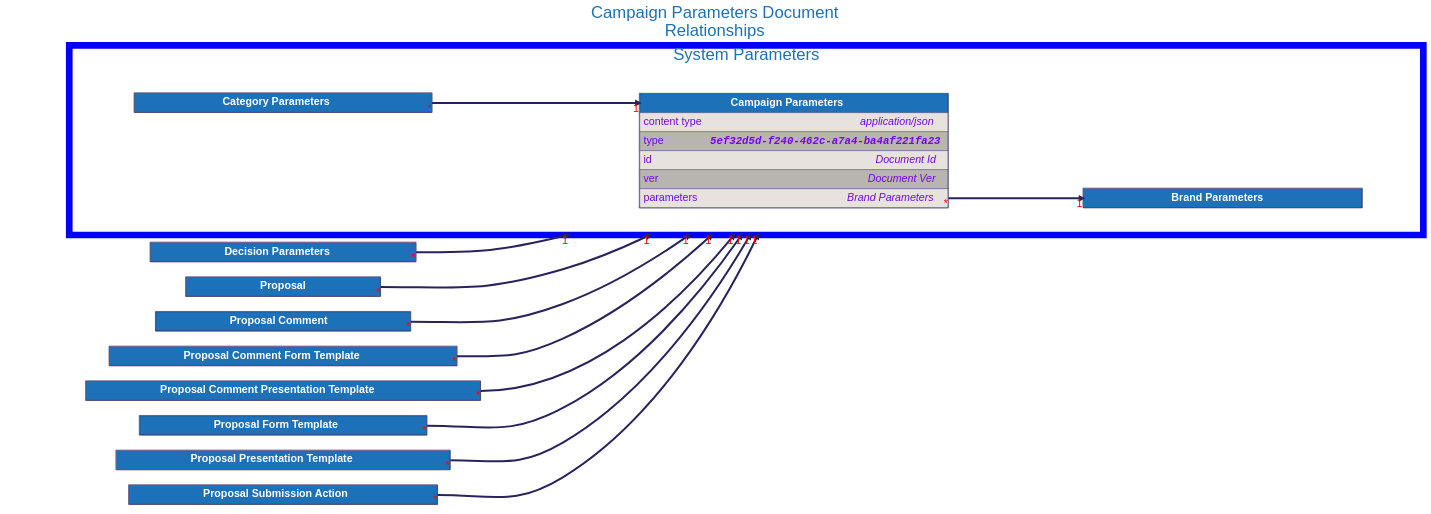
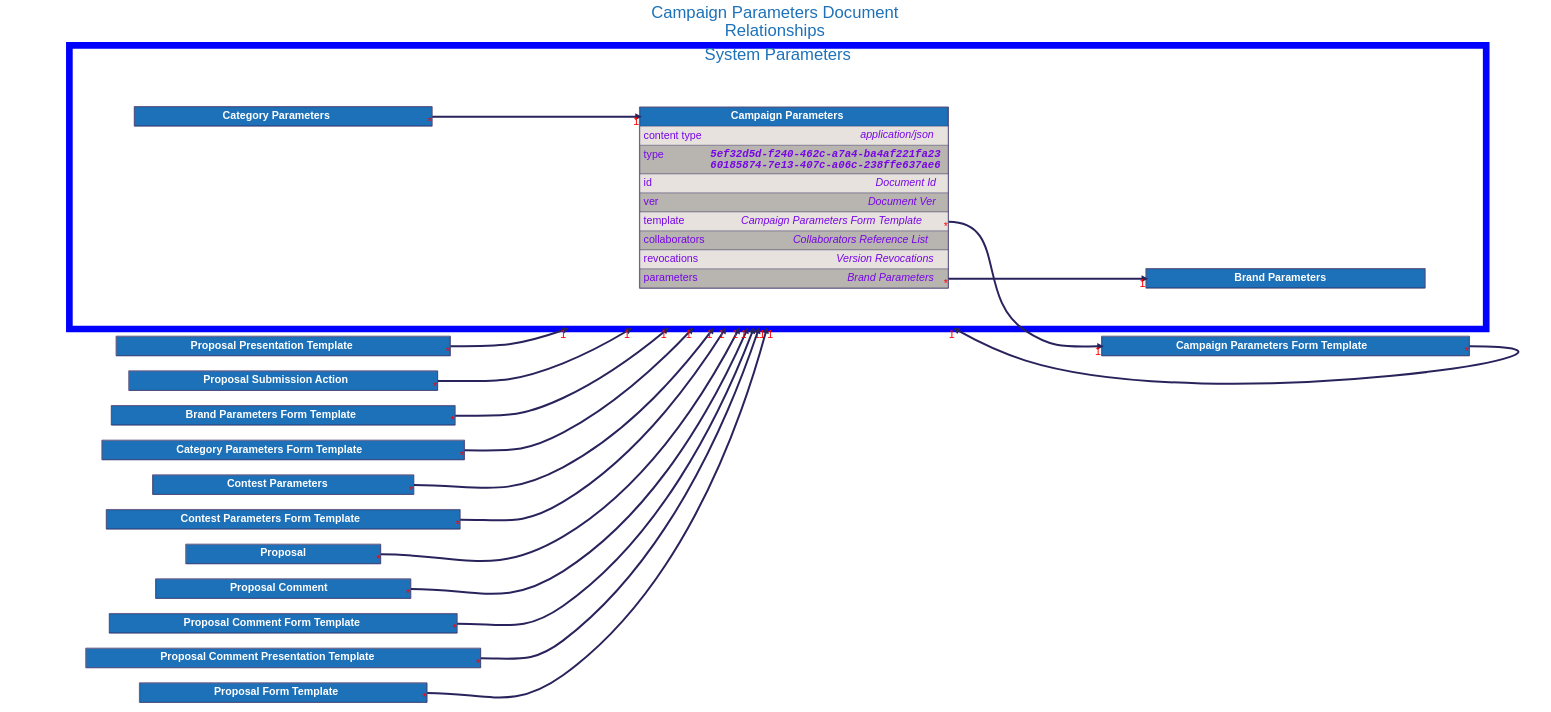
One commit to input-output-hk/catalyst-libs changed the diagram in docs/src/architecture/08_concepts/signed_doc/diagrams/campaign_parameters.dot. Above: the diagram before and after it, drawn with Graphviz. The commit also changed 45 other files, not shown here.

```diff
--- a/docs/src/architecture/08_concepts/signed_doc/diagrams/campaign_parameters.dot
+++ b/docs/src/architecture/08_concepts/signed_doc/diagrams/campaign_parameters.dot
@@ -13,114 +13,73 @@
 
 
 
-    subgraph cluster_system_parameters {
-        label = "System Parameters";
-        color=blue
-        penwidth=20
-
-        "Brand Parameters" [
-            id="Brand Parameters";
-            label=<
-                <TABLE BORDER="2" COLOR="#29235c" CELLBORDER="1" CELLSPACING="0" CELLPADDING="10">
-                <TR>
-                    <TD PORT="title" BGCOLOR="#1d71b8" HREF="../brand_parameters/">
-                        <FONT COLOR="#ffffff"><B> Brand Parameters </B></FONT>
-                    </TD>
-                </TR>
-
-                </TABLE>
-            >
-        ];
-
-
-        "Campaign Parameters" [
-            id="Campaign Parameters";
-            label=<
-                <TABLE BORDER="2" COLOR="#29235c" CELLBORDER="1" CELLSPACING="0" CELLPADDING="10">
-                <TR>
-                    <TD PORT="title" BGCOLOR="#1d71b8" HREF="../campaign_parameters/">
-                        <FONT COLOR="#ffffff"><B> Campaign Parameters </B></FONT>
-                    </TD>
-                </TR>
-                <TR>
-                    <TD ALIGN="LEFT" PORT="content type" BGCOLOR="#e7e2dd">
-                        <TABLE CELLPADDING="0" CELLSPACING="0" BORDER="0">
-                            <TR>
-                                <TD ALIGN="LEFT" VALIGN="TOP" WIDTH="200"><FONT COLOR="#7706E5">content type</FONT></TD>
-                                <TD ALIGN="RIGHT"><FONT COLOR="#7706E5"><I>application/json</I></FONT></TD>
-                            </TR>
-                        </TABLE>
-                    </TD>
-                </TR>
-                <TR>
-                    <TD ALIGN="LEFT" PORT="type" BGCOLOR="#b8b5b0">
-                        <TABLE CELLPADDING="0" CELLSPACING="0" BORDER="0">
-                            <TR>
-                                <TD ALIGN="LEFT" VALIGN="TOP" WIDTH="200"><FONT COLOR="#7706E5">type</FONT></TD>
-                                <TD ALIGN="RIGHT"><FONT FACE="Courier" COLOR="#7706E5"><B><I>5ef32d5d-f240-462c-a7a4-ba4af221fa23</I></B></FONT></TD>
-                            </TR>
-                        </TABLE>
-                    </TD>
-                </TR>
-                <TR>
-                    <TD ALIGN="LEFT" PORT="id" BGCOLOR="#e7e2dd">
-                        <TABLE CELLPADDING="0" CELLSPACING="0" BORDER="0">
-                            <TR>
-                                <TD ALIGN="LEFT" VALIGN="TOP" WIDTH="200"><FONT COLOR="#7706E5">id</FONT></TD>
-                                <TD ALIGN="RIGHT"><FONT COLOR="#7706E5"><I>Document Id</I></FONT></TD>
-                            </TR>
-                        </TABLE>
-                    </TD>
-                </TR>
-                <TR>
-                    <TD ALIGN="LEFT" PORT="ver" BGCOLOR="#b8b5b0">
-                        <TABLE CELLPADDING="0" CELLSPACING="0" BORDER="0">
-                            <TR>
-                                <TD ALIGN="LEFT" VALIGN="TOP" WIDTH="200"><FONT COLOR="#7706E5">ver</FONT></TD>
-                                <TD ALIGN="RIGHT"><FONT COLOR="#7706E5"><I>Document Ver</I></FONT></TD>
-                            </TR>
-                        </TABLE>
-                    </TD>
-                </TR>
-                <TR>
-                    <TD ALIGN="LEFT" PORT="parameters" BGCOLOR="#e7e2dd">
-                        <TABLE CELLPADDING="0" CELLSPACING="0" BORDER="0">
-                            <TR>
-                                <TD ALIGN="LEFT" VALIGN="TOP" WIDTH="200"><FONT COLOR="#7706E5">parameters</FONT></TD>
-                                <TD ALIGN="RIGHT"><FONT COLOR="#7706E5"><I>Brand Parameters</I></FONT></TD>
-                            </TR>
-                        </TABLE>
-                    </TD>
-                </TR>
-
-                </TABLE>
-            >
-        ];
-
-
-        "Category Parameters" [
-            id="Category Parameters";
-            label=<
-                <TABLE BORDER="2" COLOR="#29235c" CELLBORDER="1" CELLSPACING="0" CELLPADDING="10">
-                <TR>
-                    <TD PORT="title" BGCOLOR="#1d71b8" HREF="../category_parameters/">
-                        <FONT COLOR="#ffffff"><B> Category Parameters </B></FONT>
-                    </TD>
-                </TR>
-
-                </TABLE>
-            >
-        ];
-
-    }
-
-    "Decision Parameters" [
-        id="Decision Parameters";
+    "Campaign Parameters Form Template" [
+        id="Campaign Parameters Form Template";
         label=<
             <TABLE BORDER="2" COLOR="#29235c" CELLBORDER="1" CELLSPACING="0" CELLPADDING="10">
             <TR>
-                <TD PORT="title" BGCOLOR="#1d71b8" HREF="../decision_parameters/">
-                    <FONT COLOR="#ffffff"><B> Decision Parameters </B></FONT>
+                <TD PORT="title" BGCOLOR="#1d71b8" HREF="../campaign_parameters_form_template/">
+                    <FONT COLOR="#ffffff"><B> Campaign Parameters Form Template </B></FONT>
+                </TD>
+            </TR>
+
+            </TABLE>
+        >
+    ];
+
+
+    "Brand Parameters Form Template" [
+        id="Brand Parameters Form Template";
+        label=<
+            <TABLE BORDER="2" COLOR="#29235c" CELLBORDER="1" CELLSPACING="0" CELLPADDING="10">
+            <TR>
+                <TD PORT="title" BGCOLOR="#1d71b8" HREF="../brand_parameters_form_template/">
+                    <FONT COLOR="#ffffff"><B> Brand Parameters Form Template </B></FONT>
+                </TD>
+            </TR>
+
+            </TABLE>
+        >
+    ];
+
+
+    "Category Parameters Form Template" [
+        id="Category Parameters Form Template";
+        label=<
+            <TABLE BORDER="2" COLOR="#29235c" CELLBORDER="1" CELLSPACING="0" CELLPADDING="10">
+            <TR>
+                <TD PORT="title" BGCOLOR="#1d71b8" HREF="../category_parameters_form_template/">
+                    <FONT COLOR="#ffffff"><B> Category Parameters Form Template </B></FONT>
+                </TD>
+            </TR>
+
+            </TABLE>
+        >
+    ];
+
+
+    "Contest Parameters" [
+        id="Contest Parameters";
+        label=<
+            <TABLE BORDER="2" COLOR="#29235c" CELLBORDER="1" CELLSPACING="0" CELLPADDING="10">
+            <TR>
+                <TD PORT="title" BGCOLOR="#1d71b8" HREF="../contest_parameters/">
+                    <FONT COLOR="#ffffff"><B> Contest Parameters </B></FONT>
+                </TD>
+            </TR>
+
+            </TABLE>
+        >
+    ];
+
+
+    "Contest Parameters Form Template" [
+        id="Contest Parameters Form Template";
+        label=<
+            <TABLE BORDER="2" COLOR="#29235c" CELLBORDER="1" CELLSPACING="0" CELLPADDING="10">
+            <TR>
+                <TD PORT="title" BGCOLOR="#1d71b8" HREF="../contest_parameters_form_template/">
+                    <FONT COLOR="#ffffff"><B> Contest Parameters Form Template </B></FONT>
                 </TD>
             </TR>
 
@@ -234,9 +193,145 @@
     ];
 
 
+    subgraph cluster_system_parameters {
+        label = "System Parameters";
+        color=blue
+        penwidth=20
+
+        "Brand Parameters" [
+            id="Brand Parameters";
+            label=<
+                <TABLE BORDER="2" COLOR="#29235c" CELLBORDER="1" CELLSPACING="0" CELLPADDING="10">
+                <TR>
+                    <TD PORT="title" BGCOLOR="#1d71b8" HREF="../brand_parameters/">
+                        <FONT COLOR="#ffffff"><B> Brand Parameters </B></FONT>
+                    </TD>
+                </TR>
+
+                </TABLE>
+            >
+        ];
+
+
+        "Campaign Parameters" [
+            id="Campaign Parameters";
+            label=<
+                <TABLE BORDER="2" COLOR="#29235c" CELLBORDER="1" CELLSPACING="0" CELLPADDING="10">
+                <TR>
+                    <TD PORT="title" BGCOLOR="#1d71b8" HREF="../campaign_parameters/">
+                        <FONT COLOR="#ffffff"><B> Campaign Parameters </B></FONT>
+                    </TD>
+                </TR>
+                <TR>
+                    <TD ALIGN="LEFT" PORT="content type" BGCOLOR="#e7e2dd">
+                        <TABLE CELLPADDING="0" CELLSPACING="0" BORDER="0">
+                            <TR>
+                                <TD ALIGN="LEFT" VALIGN="TOP" WIDTH="200"><FONT COLOR="#7706E5">content type</FONT></TD>
+                                <TD ALIGN="RIGHT"><FONT COLOR="#7706E5"><I>application/json</I></FONT></TD>
+                            </TR>
+                        </TABLE>
+                    </TD>
+                </TR>
+                <TR>
+                    <TD ALIGN="LEFT" PORT="type" BGCOLOR="#b8b5b0">
+                        <TABLE CELLPADDING="0" CELLSPACING="0" BORDER="0">
+                            <TR>
+                                <TD ALIGN="LEFT" VALIGN="TOP" WIDTH="200"><FONT COLOR="#7706E5">type</FONT></TD>
+                                <TD ALIGN="RIGHT"><FONT FACE="Courier" COLOR="#7706E5"><B><I>5ef32d5d-f240-462c-a7a4-ba4af221fa23<BR />60185874-7e13-407c-a06c-238ffe637ae6</I></B></FONT></TD>
+                            </TR>
+                        </TABLE>
+                    </TD>
+                </TR>
+                <TR>
+                    <TD ALIGN="LEFT" PORT="id" BGCOLOR="#e7e2dd">
+                        <TABLE CELLPADDING="0" CELLSPACING="0" BORDER="0">
+                            <TR>
+                                <TD ALIGN="LEFT" VALIGN="TOP" WIDTH="200"><FONT COLOR="#7706E5">id</FONT></TD>
+                                <TD ALIGN="RIGHT"><FONT COLOR="#7706E5"><I>Document Id</I></FONT></TD>
+                            </TR>
+                        </TABLE>
+                    </TD>
+                </TR>
+                <TR>
+                    <TD ALIGN="LEFT" PORT="ver" BGCOLOR="#b8b5b0">
+                        <TABLE CELLPADDING="0" CELLSPACING="0" BORDER="0">
+                            <TR>
+                                <TD ALIGN="LEFT" VALIGN="TOP" WIDTH="200"><FONT COLOR="#7706E5">ver</FONT></TD>
+                                <TD ALIGN="RIGHT"><FONT COLOR="#7706E5"><I>Document Ver</I></FONT></TD>
+                            </TR>
+                        </TABLE>
+                    </TD>
+                </TR>
+                <TR>
+                    <TD ALIGN="LEFT" PORT="template" BGCOLOR="#e7e2dd">
+                        <TABLE CELLPADDING="0" CELLSPACING="0" BORDER="0">
+                            <TR>
+                                <TD ALIGN="LEFT" VALIGN="TOP" WIDTH="200"><FONT COLOR="#7706E5">template</FONT></TD>
+                                <TD ALIGN="RIGHT"><FONT COLOR="#7706E5"><I>Campaign Parameters Form Template</I></FONT></TD>
+                            </TR>
+                        </TABLE>
+                    </TD>
+                </TR>
+                <TR>
+                    <TD ALIGN="LEFT" PORT="collaborators" BGCOLOR="#b8b5b0">
+                        <TABLE CELLPADDING="0" CELLSPACING="0" BORDER="0">
+                            <TR>
+                                <TD ALIGN="LEFT" VALIGN="TOP" WIDTH="200"><FONT COLOR="#7706E5">collaborators</FONT></TD>
+                                <TD ALIGN="RIGHT"><FONT COLOR="#7706E5"><I>Collaborators Reference List</I></FONT></TD>
+                            </TR>
+                        </TABLE>
+                    </TD>
+                </TR>
+                <TR>
+                    <TD ALIGN="LEFT" PORT="revocations" BGCOLOR="#e7e2dd">
+                        <TABLE CELLPADDING="0" CELLSPACING="0" BORDER="0">
+                            <TR>
+                                <TD ALIGN="LEFT" VALIGN="TOP" WIDTH="200"><FONT COLOR="#7706E5">revocations</FONT></TD>
+                                <TD ALIGN="RIGHT"><FONT COLOR="#7706E5"><I>Version Revocations</I></FONT></TD>
+                            </TR>
+                        </TABLE>
+                    </TD>
+                </TR>
+                <TR>
+                    <TD ALIGN="LEFT" PORT="parameters" BGCOLOR="#b8b5b0">
+                        <TABLE CELLPADDING="0" CELLSPACING="0" BORDER="0">
+                            <TR>
+                                <TD ALIGN="LEFT" VALIGN="TOP" WIDTH="200"><FONT COLOR="#7706E5">parameters</FONT></TD>
+                                <TD ALIGN="RIGHT"><FONT COLOR="#7706E5"><I>Brand Parameters</I></FONT></TD>
+                            </TR>
+                        </TABLE>
+                    </TD>
+                </TR>
+
+                </TABLE>
+            >
+        ];
+
+
+        "Category Parameters" [
+            id="Category Parameters";
+            label=<
+                <TABLE BORDER="2" COLOR="#29235c" CELLBORDER="1" CELLSPACING="0" CELLPADDING="10">
+                <TR>
+                    <TD PORT="title" BGCOLOR="#1d71b8" HREF="../category_parameters/">
+                        <FONT COLOR="#ffffff"><B> Category Parameters </B></FONT>
+                    </TD>
+                </TR>
+
+                </TABLE>
+            >
+        ];
+
+    }
+
+    "Campaign Parameters":"template":e -> "Campaign Parameters Form Template":"title":w [dir=forward, penwidth=6, color="#29235c", headlabel="1", taillabel="*"]
     "Campaign Parameters":"parameters":e -> "Brand Parameters":"title":w [dir=forward, penwidth=6, color="#29235c", headlabel="1", taillabel="*"]
+    "Brand Parameters Form Template":"title":e -> "Campaign Parameters" [dir=forward, penwidth=6, color="#29235c", headlabel="1", taillabel="*", lhead="cluster_system_parameters"]
+    "Campaign Parameters Form Template":"title":e -> "Campaign Parameters" [dir=forward, penwidth=6, color="#29235c", headlabel="1", taillabel="*", lhead="cluster_system_parameters"]
     "Category Parameters":"title":e -> "Campaign Parameters":"title":w [dir=forward, penwidth=6, color="#29235c", headlabel="1", taillabel="*"]
-    "Decision Parameters":"title":e -> "Campaign Parameters" [dir=forward, penwidth=6, color="#29235c", headlabel="1", taillabel="*", lhead="cluster_system_parameters"]
+    "Category Parameters Form Template":"title":e -> "Campaign Parameters" [dir=forward, penwidth=6, color="#29235c", headlabel="1", taillabel="*", lhead="cluster_system_parameters"]
+    "Contest Parameters":"title":e -> "Campaign Parameters" [dir=forward, penwidth=6, color="#29235c", headlabel="1", taillabel="*", lhead="cluster_system_parameters"]
+    "Contest Parameters Form Template":"title":e -> "Campaign Parameters" [dir=forward, penwidth=6, color="#29235c", headlabel="1", taillabel="*", lhead="cluster_system_parameters"]
     "Proposal":"title":e -> "Campaign Parameters" [dir=forward, penwidth=6, color="#29235c", headlabel="1", taillabel="*", lhead="cluster_system_parameters"]
     "Proposal Comment":"title":e -> "Campaign Parameters" [dir=forward, penwidth=6, color="#29235c", headlabel="1", taillabel="*", lhead="cluster_system_parameters"]
     "Proposal Comment Form Template":"title":e -> "Campaign Parameters" [dir=forward, penwidth=6, color="#29235c", headlabel="1", taillabel="*", lhead="cluster_system_parameters"]
```
